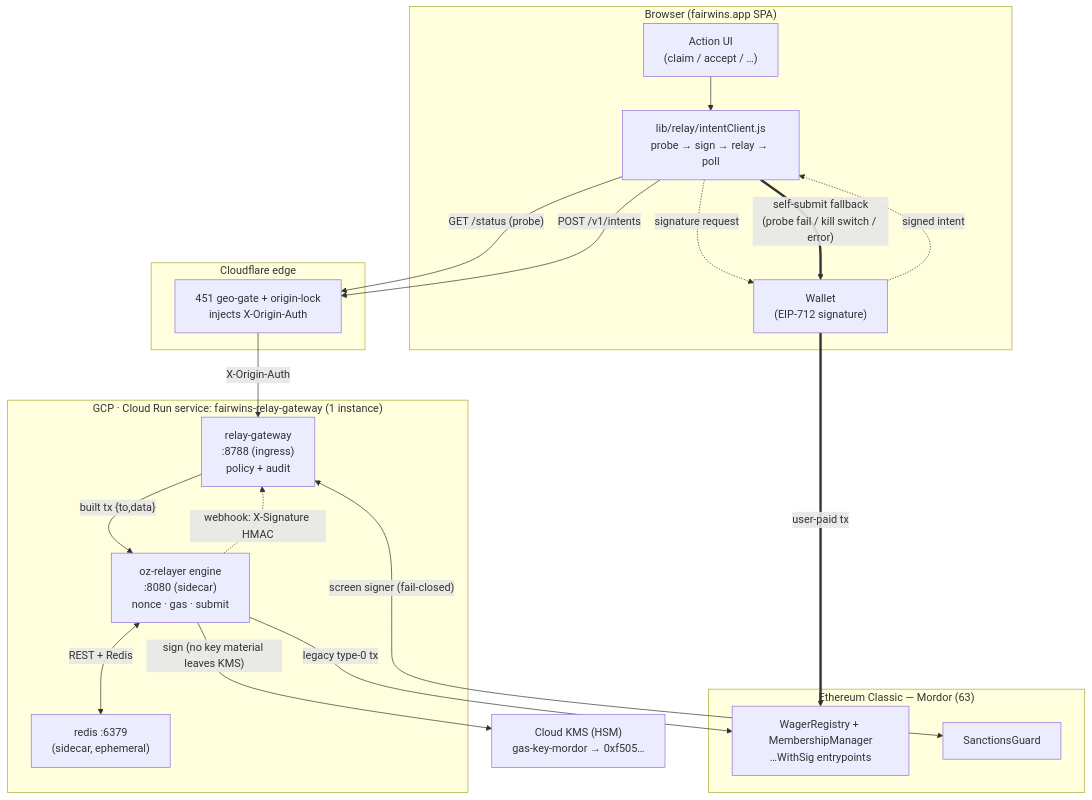
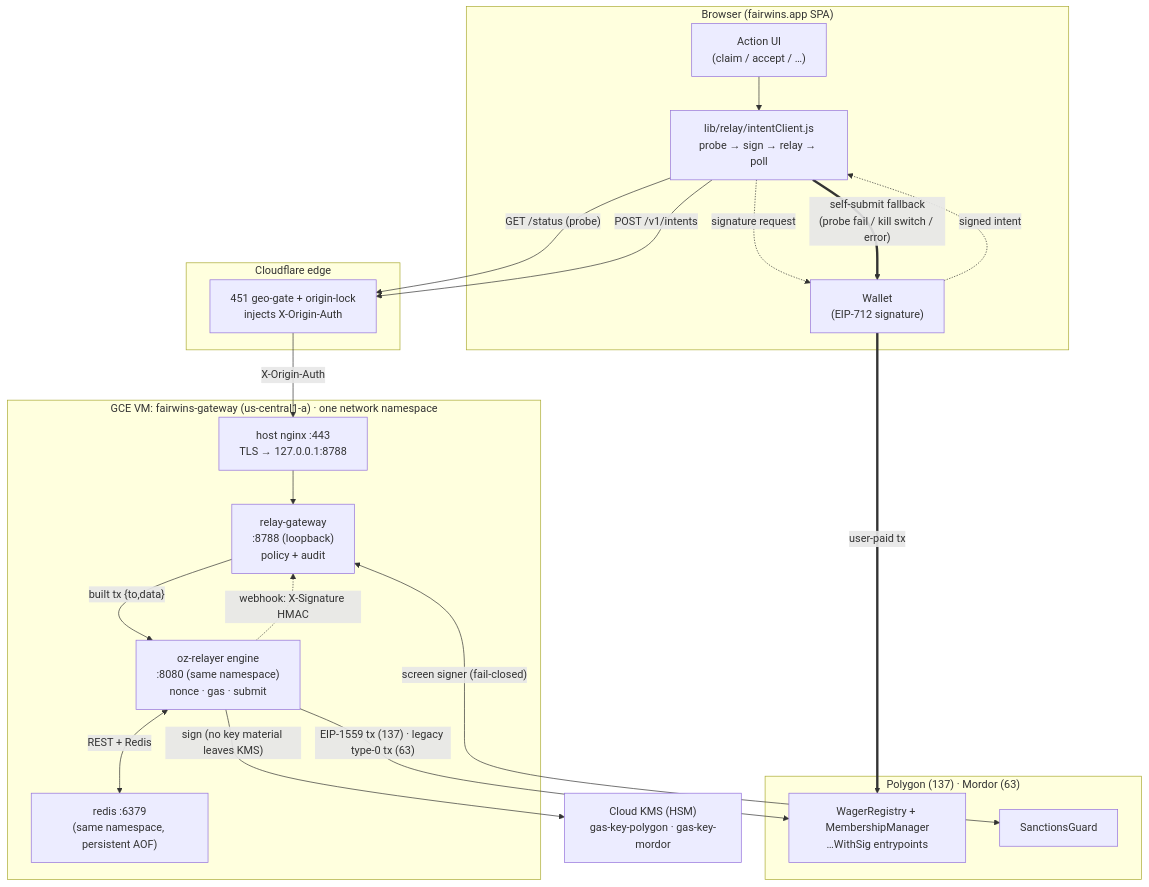
Before and after one commit to chippr-robotics/fairwins-platform: the first of 3 diagrams in docs/architecture/relayer-infrastructure.md, drawn with Mermaid. The commit also changed other lines of this file and 5 other files, not shown here.

First line of the commit message:
docs(relayer): record the GCE VM estate as production; retire Cloud Run as history

````diff
--- a/docs/architecture/relayer-infrastructure.md
+++ b/docs/architecture/relayer-infrastructure.md
@@ -18,43 +24,45 @@
 ```mermaid
 flowchart TB
     subgraph client["Browser (fairwins.app SPA)"]
         UI["Action UI<br/>(claim / accept / …)"]
         RELAY["lib/relay/intentClient.js<br/>probe → sign → relay → poll"]
         WALLET["Wallet<br/>(EIP-712 signature)"]
     end
 
     subgraph edge["Cloudflare edge"]
         CF["451 geo-gate + origin-lock<br/>injects X-Origin-Auth"]
     end
 
-    subgraph gcp["GCP · Cloud Run service: fairwins-relay-gateway (1 instance)"]
-        GW["relay-gateway<br/>:8788 (ingress)<br/>policy + audit"]
-        ENG["oz-relayer engine<br/>:8080 (sidecar)<br/>nonce · gas · submit"]
-        RDS["redis :6379<br/>(sidecar, ephemeral)"]
+    subgraph gcp["GCE VM: fairwins-gateway (us-central1-a) · one network namespace"]
+        NGX["host nginx :443<br/>TLS → 127.0.0.1:8788"]
+        GW["relay-gateway<br/>:8788 (loopback)<br/>policy + audit"]
+        ENG["oz-relayer engine<br/>:8080 (same namespace)<br/>nonce · gas · submit"]
+        RDS["redis :6379<br/>(same namespace, persistent AOF)"]
     end
 
-    subgraph chain["Ethereum Classic — Mordor (63)"]
+    subgraph chain["Polygon (137) · Mordor (63)"]
         REG["WagerRegistry + MembershipManager<br/>…WithSig entrypoints"]
         GUARD["SanctionsGuard"]
     end
 
-    KMS["Cloud KMS (HSM)<br/>gas-key-mordor → 0xf505…"]
+    KMS["Cloud KMS (HSM)<br/>gas-key-polygon · gas-key-mordor"]
 
     UI --> RELAY
     RELAY -- "GET /status (probe)" --> CF
     RELAY -- "POST /v1/intents" --> CF
     RELAY -. "signature request" .-> WALLET
     WALLET -. "signed intent" .-> RELAY
-    CF -->|"X-Origin-Auth"| GW
+    CF -->|"X-Origin-Auth"| NGX
+    NGX --> GW
     GW <-->|"screen signer (fail-closed)"| GUARD
     GW -->|"built tx {to,data}"| ENG
     ENG <-->|"REST + Redis"| RDS
     ENG -->|"sign (no key material leaves KMS)"| KMS
-    ENG -->|"legacy type-0 tx"| REG
+    ENG -->|"EIP-1559 tx (137) · legacy type-0 tx (63)"| REG
     ENG -. "webhook: X-Signature HMAC" .-> GW
 
     RELAY == "self-submit fallback<br/>(probe fail / kill switch / error)" ==> WALLET
     WALLET == "user-paid tx" ==> REG
 
     classDef fallback stroke-dasharray:5 5;
 ```
````
